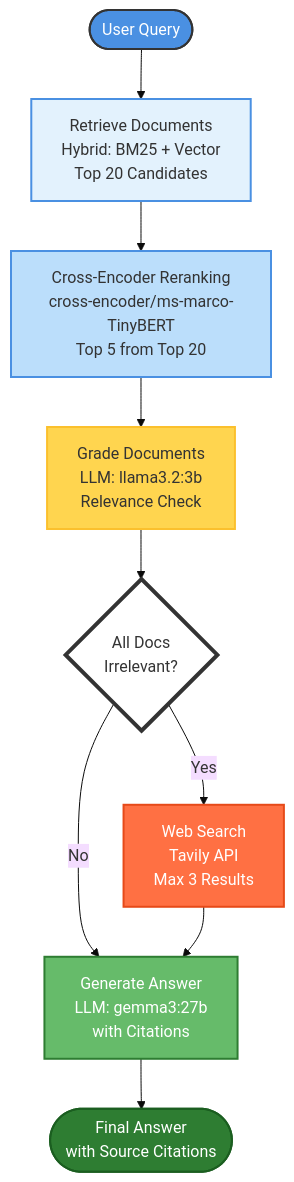
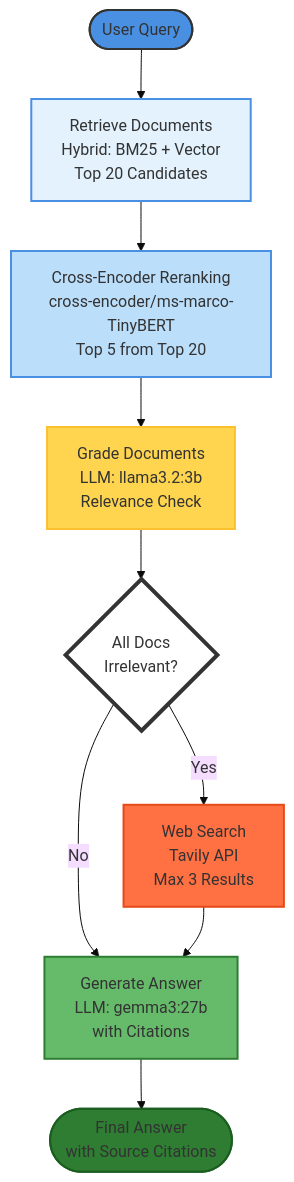
Before and after one commit to baloglu321/CRAG: the diagram in readme.md, drawn with Mermaid (base theme).

````diff
--- a/readme.md
+++ b/readme.md
@@ -20,24 +20,24 @@
 ```mermaid
 graph TB
     Start([User Query]) --> Retrieve[Retrieve Documents<br/>Hybrid: BM25 + Vector<br/>Top 20 Candidates]
     Retrieve --> Rerank[Cross-Encoder Reranking<br/>cross-encoder/ms-marco-TinyBERT<br/>Top 5 from Top 20]
     Rerank --> Grade[Grade Documents<br/>LLM: llama3.2:3b<br/>Relevance Check]
     
     Grade --> Decision{All Docs<br/>Irrelevant?}
     
     Decision -->|Yes| WebSearch[Web Search<br/>Tavily API<br/>Max 3 Results]
     Decision -->|No| Generate[Generate Answer<br/>LLM: gemma3:27b<br/>with Citations]
     
     WebSearch --> Generate
     Generate --> End([Final Answer<br/>with Source Citations])
     
     %% Stiller
-    style Start fill:#4A90E2,stroke:#333,stroke-width:2px,color:#fff
-    style Retrieve fill:#E3F2FD,stroke:#4A90E2,stroke-width:2px
-    style Rerank fill:#BBDEFB,stroke:#4A90E2,stroke-width:2px
-    style Grade fill:#FFD54F,stroke:#FBC02D,stroke-width:2px
-    style Decision fill:#FFFFFF,stroke:#333,stroke-width:4px
-    style WebSearch fill:#FF7043,stroke:#E64A19,stroke-width:2px,color:#fff
-    style Generate fill:#66BB6A,stroke:#2E7D32,stroke-width:2px,color:#fff
-    style End fill:#2E7D32,stroke:#1B5E20,stroke-width:2px,color:#fff
+    style Start fill:#4A90E2,stroke:#333,stroke-width:2px,color:#333
+    style Retrieve fill:#E3F2FD,stroke:#4A90E2,stroke-width:2px,color:#333
+    style Rerank fill:#BBDEFB,stroke:#4A90E2,stroke-width:2px,color:#333
+    style Grade fill:#FFD54F,stroke:#FBC02D,stroke-width:2px,color:#333
+    style Decision fill:#FFFFFF,stroke:#333,stroke-width:4px,color:#333
+    style WebSearch fill:#FF7043,stroke:#E64A19,stroke-width:2px,color:#333
+    style Generate fill:#66BB6A,stroke:#2E7D32,stroke-width:2px,color:#333
+    style End fill:#2E7D32,stroke:#1B5E20,stroke-width:2px,color:#333
 ```
````
